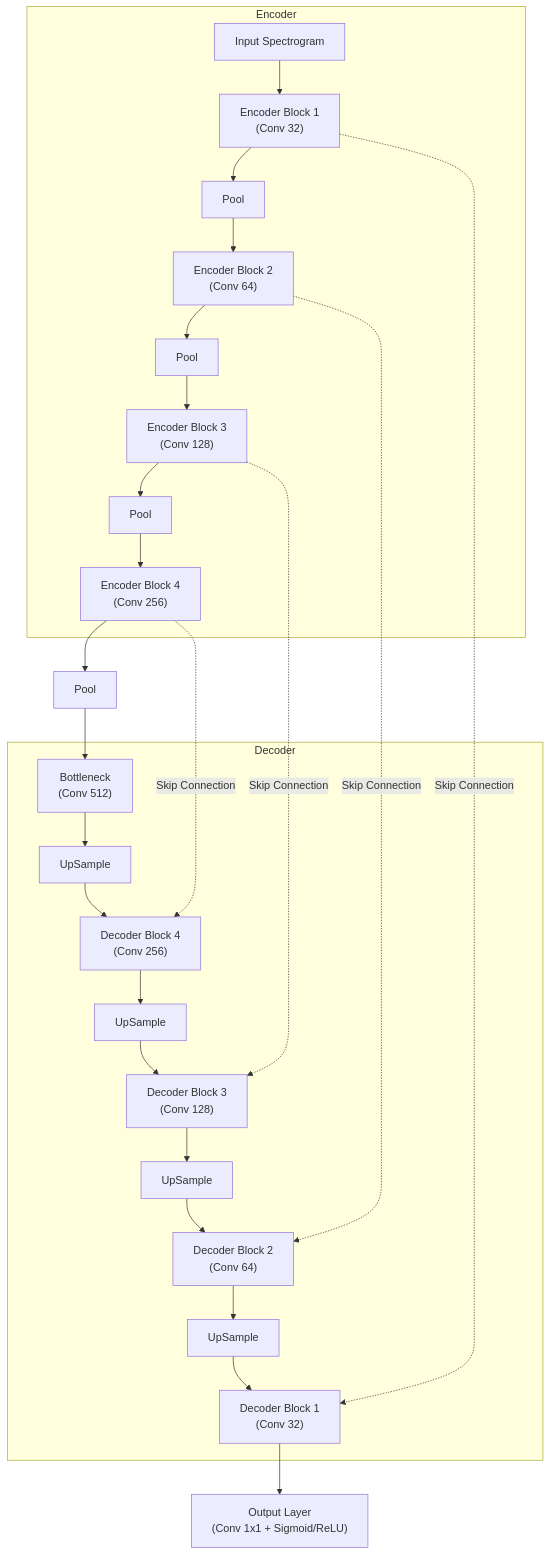
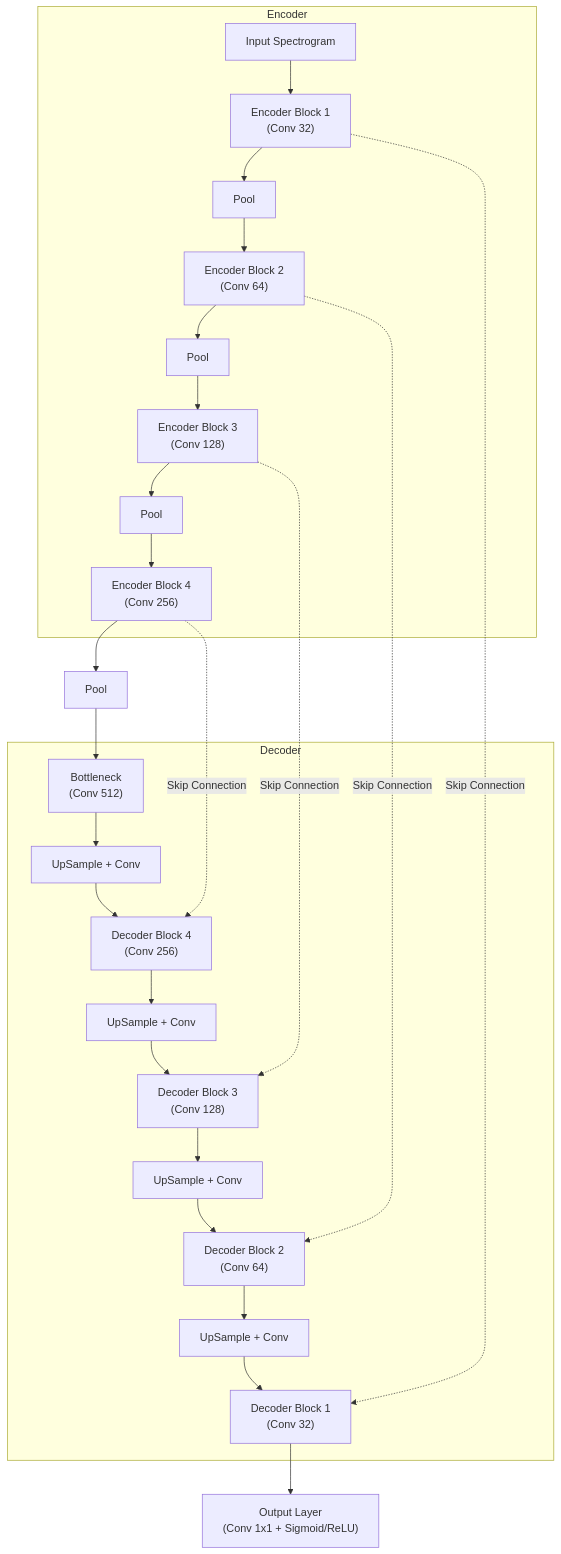
The diagram in docs/BioCPPNet/Model_UNet.md (paulmziegler/BioCPPNet), drawn with Mermaid before and after one commit. The commit also changed other lines of this file and 4 other files, not shown here.

````diff
--- a/docs/BioCPPNet/Model_UNet.md
+++ b/docs/BioCPPNet/Model_UNet.md
@@ -14,25 +14,25 @@
 ```mermaid
 flowchart TD
     subgraph Encoder
     In["Input Spectrogram"] --> E1["Encoder Block 1<br>(Conv 32)"]
     E1 --> P1["Pool"] --> E2["Encoder Block 2<br>(Conv 64)"]
     E2 --> P2["Pool"] --> E3["Encoder Block 3<br>(Conv 128)"]
     E3 --> P3["Pool"] --> E4["Encoder Block 4<br>(Conv 256)"]
     end
 
     E4 --> P4["Pool"] --> Bottleneck["Bottleneck<br>(Conv 512)"]
 
     subgraph Decoder
-    Bottleneck --> U4["UpSample"] --> D4["Decoder Block 4<br>(Conv 256)"]
-    D4 --> U3["UpSample"] --> D3["Decoder Block 3<br>(Conv 128)"]
-    D3 --> U2["UpSample"] --> D2["Decoder Block 2<br>(Conv 64)"]
-    D2 --> U1["UpSample"] --> D1["Decoder Block 1<br>(Conv 32)"]
+    Bottleneck --> U4["UpSample + Conv"] --> D4["Decoder Block 4<br>(Conv 256)"]
+    D4 --> U3["UpSample + Conv"] --> D3["Decoder Block 3<br>(Conv 128)"]
+    D3 --> U2["UpSample + Conv"] --> D2["Decoder Block 2<br>(Conv 64)"]
+    D2 --> U1["UpSample + Conv"] --> D1["Decoder Block 1<br>(Conv 32)"]
     end
 
     E4 -.->|Skip Connection| D4
     E3 -.->|Skip Connection| D3
     E2 -.->|Skip Connection| D2
     E1 -.->|Skip Connection| D1
 
     D1 --> Out["Output Layer<br>(Conv 1x1 + Sigmoid/ReLU)"]
 ```
````
